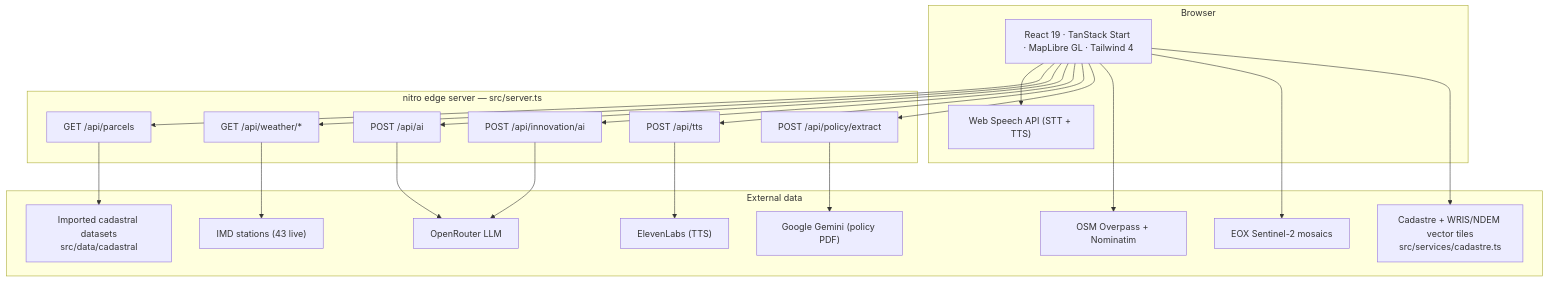
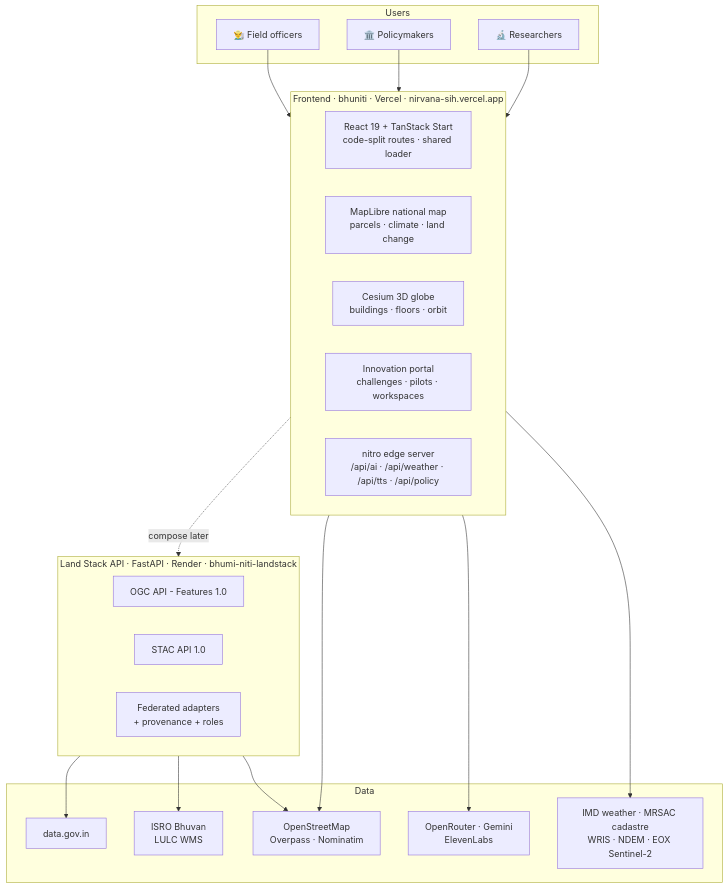
One commit to vanshpatil16/Nirvana changed the fourth of 5 diagrams in README.md. Above: the diagram before and after it, drawn with Mermaid. The commit also changed other lines of this file, not shown here.

First line of the commit message:
docs: rewrite README for two-service architecture

````diff
--- a/README.md
+++ b/README.md
@@ -249,39 +346,38 @@
 ```mermaid
 flowchart TB
-    subgraph Client["Browser"]
-        APP["React 19 · TanStack Start · MapLibre GL · Tailwind 4"]
-        VOICE["Web Speech API (STT + TTS)"]
+    subgraph Users["Users"]
+        U1["🔬 Researchers"]
+        U2["🏛️ Policymakers"]
+        U3["👨‍🌾 Field officers"]
     end
 
-    subgraph Edge["nitro edge server — src/server.ts"]
-        P["GET /api/parcels"]
-        W["GET /api/weather/*"]
-        A["POST /api/ai"]
-        IA["POST /api/innovation/ai"]
-        TTS["POST /api/tts"]
-        POL["POST /api/policy/extract"]
+    subgraph Frontend["Frontend · bhuniti · Vercel · nirvana-sih.vercel.app"]
+        R["React 19 + TanStack Start\ncode-split routes · shared loader"]
+        MAP["MapLibre national map\nparcels · climate · land change"]
+        GLOBE["Cesium 3D globe\nbuildings · floors · orbit"]
+        INNO["Innovation portal\nchallenges · pilots · workspaces"]
+        EDGE["nitro edge server\n/api/ai · /api/weather · /api/tts · /api/policy"]
     end
 
-    subgraph Data["External data"]
-        IMM["IMD stations (43 live)"]
-        OSM["OSM Overpass + Nominatim"]
-        EOX["EOX Sentinel-2 mosaics"]
-        OR["OpenRouter LLM"]
-        GEM["Google Gemini (policy PDF)"]
-        EB["ElevenLabs (TTS)"]
-        CAD["Imported cadastral datasets\nsrc/data/cadastral"]
-        VEC["Cadastre + WRIS/NDEM vector tiles\nsrc/services/cadastre.ts"]
+    subgraph Gateway["Land Stack API · FastAPI · Render · bhumi-niti-landstack"]
+        OGC["OGC API - Features 1.0"]
+        STAC["STAC API 1.0"]
+        FED["Federated adapters\n+ provenance + roles"]
     end
 
-    APP --> VOICE
-    APP --> P & W & A & IA & TTS & POL
-    A --> OR
-    IA --> OR
-    TTS --> EB
-    POL --> GEM
-    W --> IMM
-    P --> CAD
-    APP --> OSM
-    APP --> EOX
-    APP --> VEC
+    subgraph Data["Data"]
+        OGD["data.gov.in"]
+        ISRO["ISRO Bhuvan\nLULC WMS"]
+        OSM["OpenStreetMap\nOverpass · Nominatim"]
+        AI["OpenRouter · Gemini\nElevenLabs"]
+        GOV["IMD weather · MRSAC cadastre\nWRIS · NDEM · EOX Sentinel-2"]
+    end
+
+    U1 & U2 & U3 --> Frontend
+    Frontend --> AI
+    Frontend --> GOV
+    Frontend --> OSM
+    Gateway --> OGD & ISRO & OSM
+
+    Frontend -.->|"compose later"| Gateway
 ```
````
